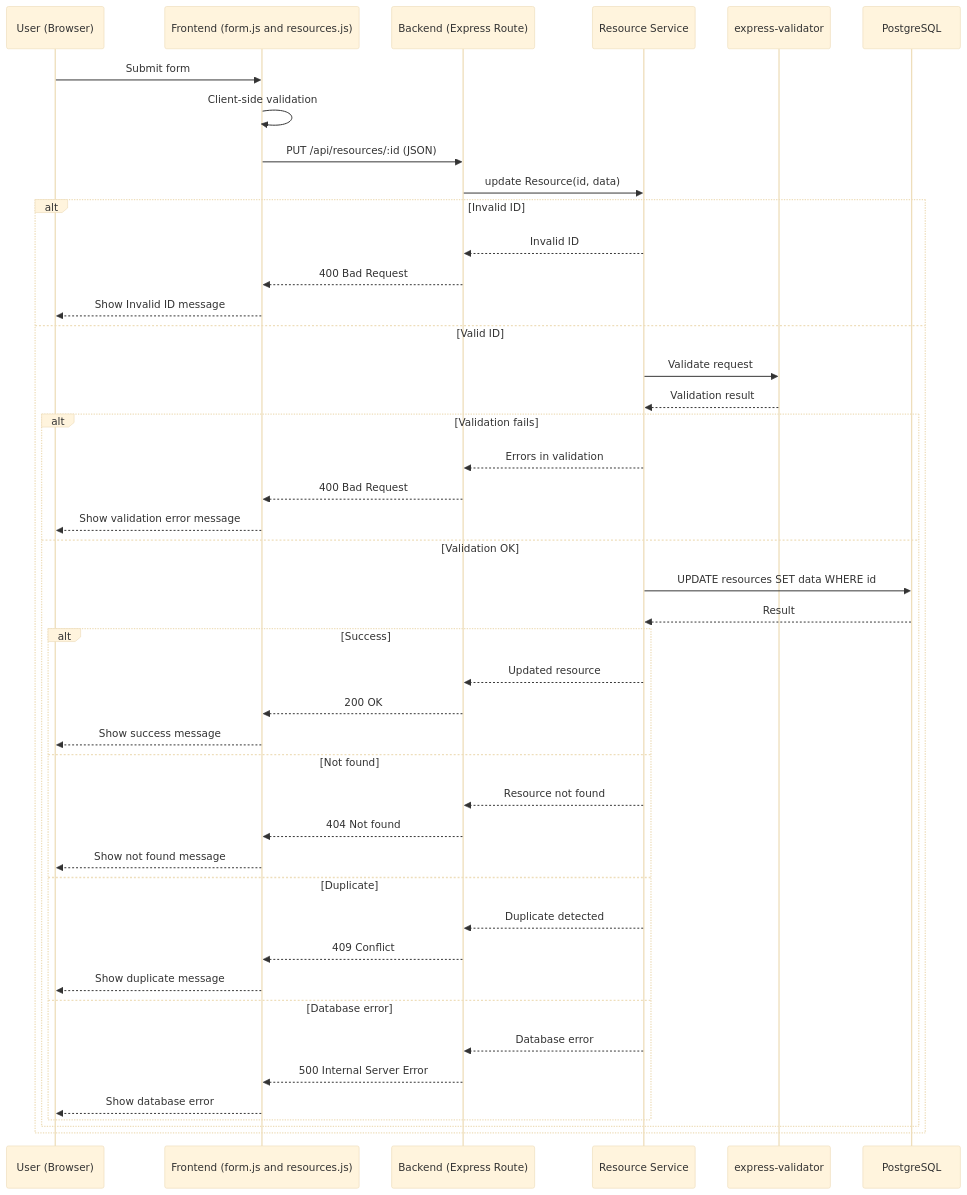
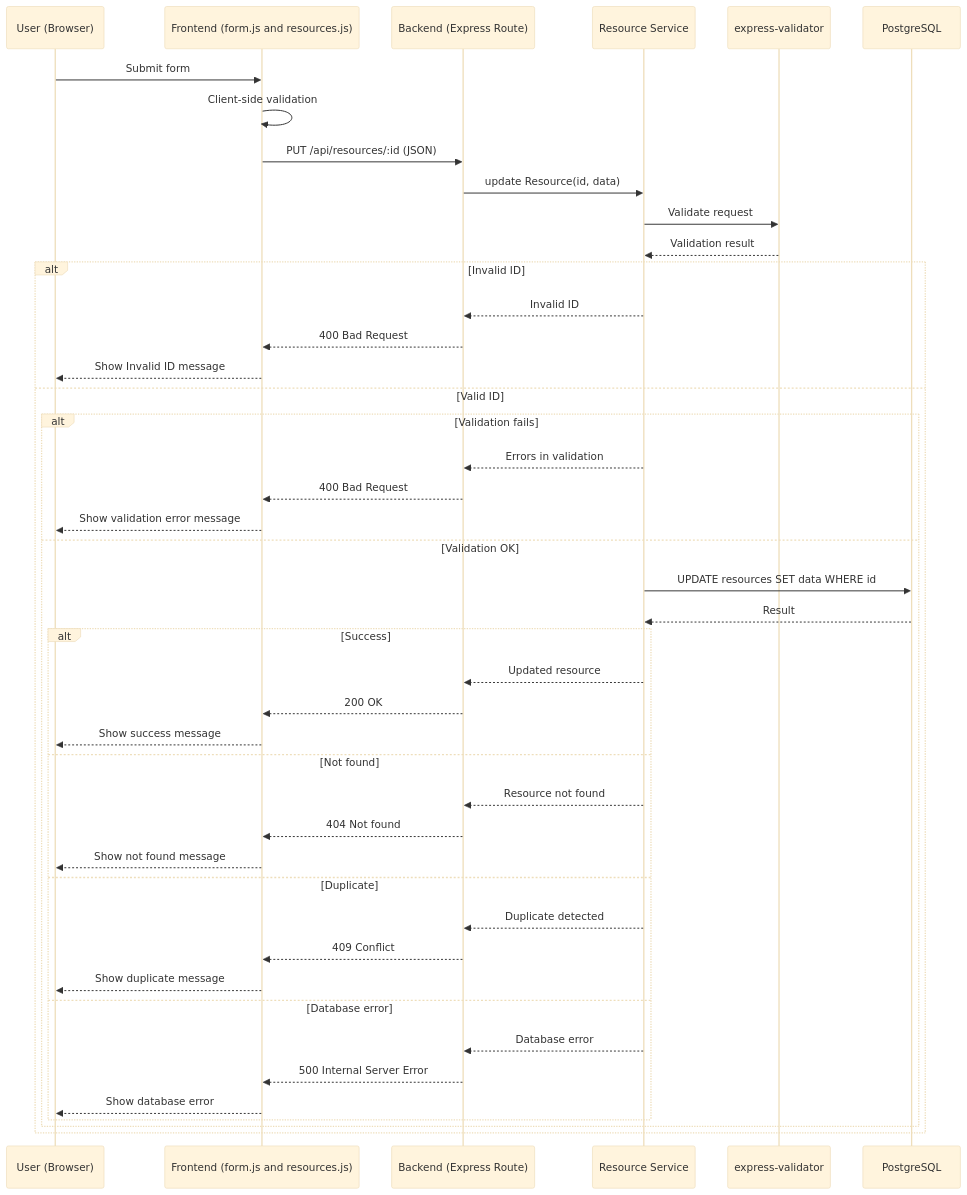
One commit to vheikkiniemi/BasicsOfWebDevelopment2025S changed the fourth of 5 diagrams in FromAdvWebDev/G1_CRUD_Dataflow.md. Above: the diagram before and after it, drawn with Mermaid (base theme).

Commit message:
G1 updated

````diff
--- a/FromAdvWebDev/G1_CRUD_Dataflow.md
+++ b/FromAdvWebDev/G1_CRUD_Dataflow.md
@@ -111,51 +111,51 @@
 ```mermaid
 sequenceDiagram
     participant U as User (Browser)
     participant F as Frontend (form.js and resources.js)
     participant B as Backend (Express Route)
     participant S as Resource Service
     participant V as express-validator
     participant DB as PostgreSQL
     
     U->>F: Submit form
     F->>F: Client-side validation
     F->>B: PUT /api/resources/:id (JSON)
     B->>S: update Resource(id, data)
 
+    S->>V: Validate request
+    V-->>S: Validation result
+
     alt Invalid ID
         S-->>B: Invalid ID
         B-->>F: 400 Bad Request
         F-->>U: Show Invalid ID message
     else Valid ID
-
-        S->>V: Validate request
-        V-->>S: Validation result
 
         alt Validation fails
             S-->>B: Errors in validation
             B-->>F: 400 Bad Request
             F-->>U: Show validation error message
         else Validation OK
             S->>DB: UPDATE resources SET data WHERE id 
             DB-->>S: Result
 
             alt Success
                 S-->>B: Updated resource
                 B-->>F: 200 OK
                 F-->>U: Show success message
             else Not found
                 S-->>B: Resource not found
                 B-->>F: 404 Not found
                 F-->>U: Show not found message
             else Duplicate
                 S-->>B: Duplicate detected
                 B-->>F: 409 Conflict
                 F-->>U: Show duplicate message
             else Database error
                 S-->>B: Database error
                 B-->>F: 500 Internal Server Error
                 F-->>U: Show database error
             end
         end
     end     
 ```
````
